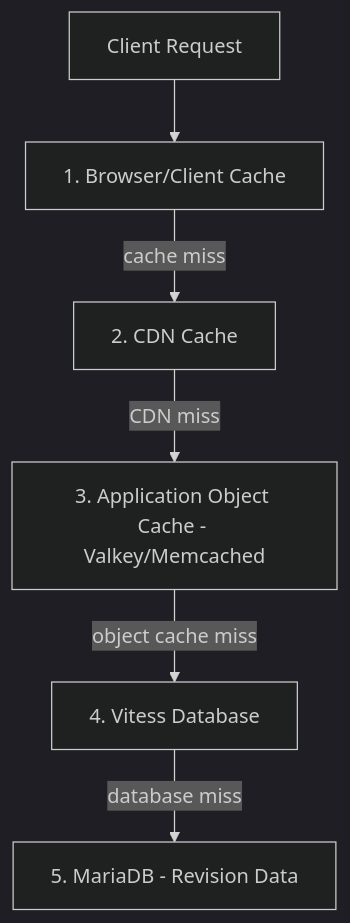
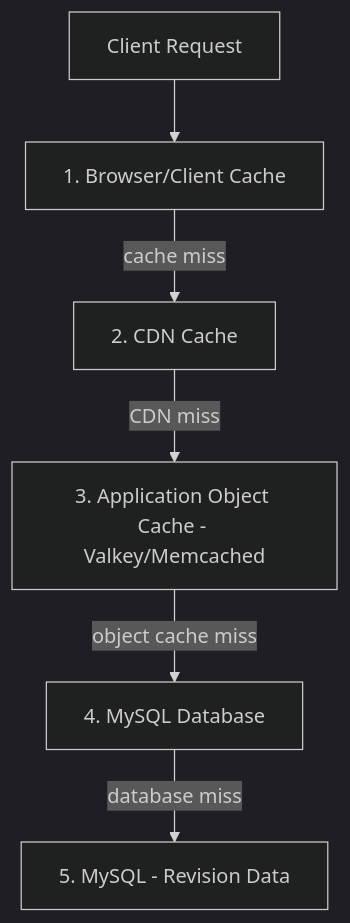
Before and after one commit to Entitybasedev/entitybase-monorepo: the diagram in docs/ARCHITECTURE/CACHING-STRATEGY.md, drawn with Mermaid (dark theme). The commit also changed other lines of this file and 21 other files, not shown here.

````diff
--- a/docs/ARCHITECTURE/CACHING-STRATEGY.md
+++ b/docs/ARCHITECTURE/CACHING-STRATEGY.md
@@ -9,8 +9,8 @@
 ```mermaid
 flowchart TD
     A[Client Request] --> B[1. Browser/Client Cache]
     B -->|cache miss| C[2. CDN Cache]
     C -->|CDN miss| D[3. Application Object Cache - Valkey/Memcached]
-    D -->|object cache miss| E[4. Vitess Database]
-    E -->|database miss| F[5. MariaDB - Revision Data]
+    D -->|object cache miss| E[4. MySQL Database]
+    E -->|database miss| F[5. MySQL - Revision Data]
 ```
````
